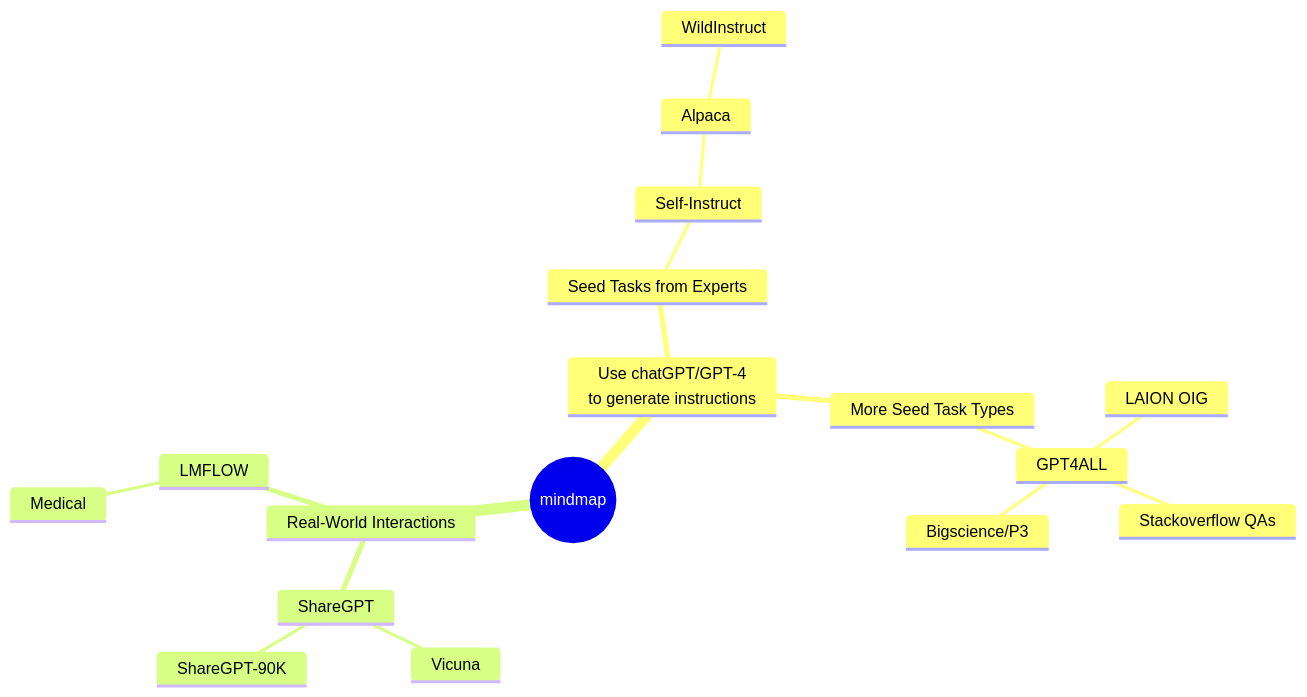
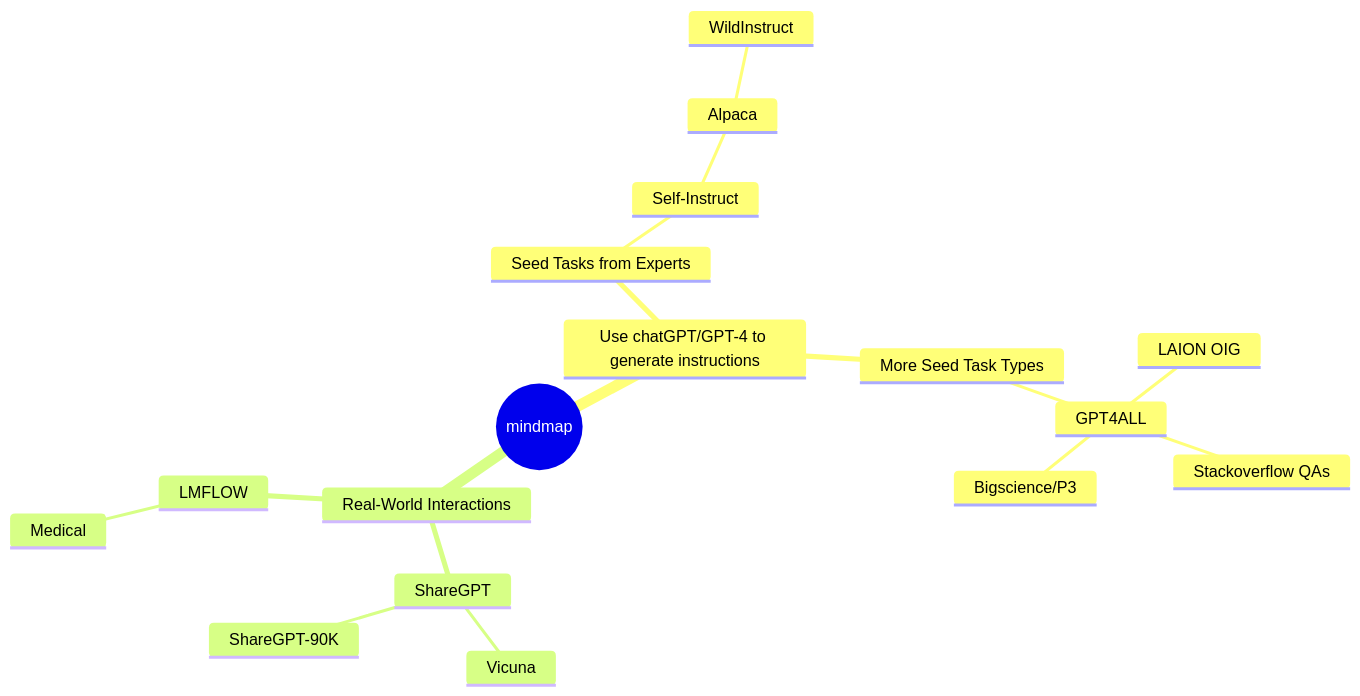
The diagram in README.md (langbridgeai/Open-Instructions), drawn with Mermaid before and after one commit.

````diff
--- a/README.md
+++ b/README.md
@@ -62,20 +62,20 @@
 ```mermaid
 mindmap
   root((mindmap))
-    Use chatGPT/GPT-4<br/>to generate instructions
+    Use chatGPT/GPT-4 to generate instructions
         Seed Tasks from Experts
             Self-Instruct
                 Alpaca
                     WildInstruct
         More Seed Task Types
             GPT4ALL
                 LAION OIG
                 Stackoverflow QAs
                 Bigscience/P3
     Real-World Interactions
         ShareGPT
             Vicuna
             ShareGPT-90K
         LMFLOW
             Medical
 ```
````
